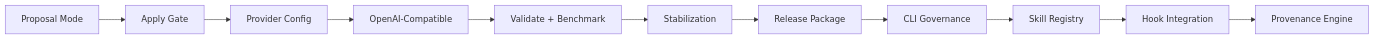
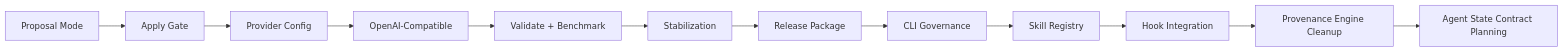
The second of 2 diagrams in README.md (ProfRandom92/comptext-cli), drawn with Mermaid before and after one commit. The commit also changed other lines of this file, not shown here.

````diff
--- a/README.md
+++ b/README.md
@@ -124,13 +156,14 @@
 ```mermaid
 flowchart LR
     P5[Proposal Mode] --> P6[Apply Gate]
     P6 --> P7[Provider Config]
     P7 --> P8[OpenAI-Compatible]
     P8 --> P9[Validate + Benchmark]
     P9 --> P10[Stabilization]
     P10 --> P11[Release Package]
     P11 --> P12[CLI Governance]
     P12 --> P13[Skill Registry]
     P13 --> P14[Hook Integration]
-    P14 --> P15[Provenance Engine]
+    P14 --> P15[Provenance Engine Cleanup]
+    P15 --> P16[Agent State Contract Planning]
 ```
````
